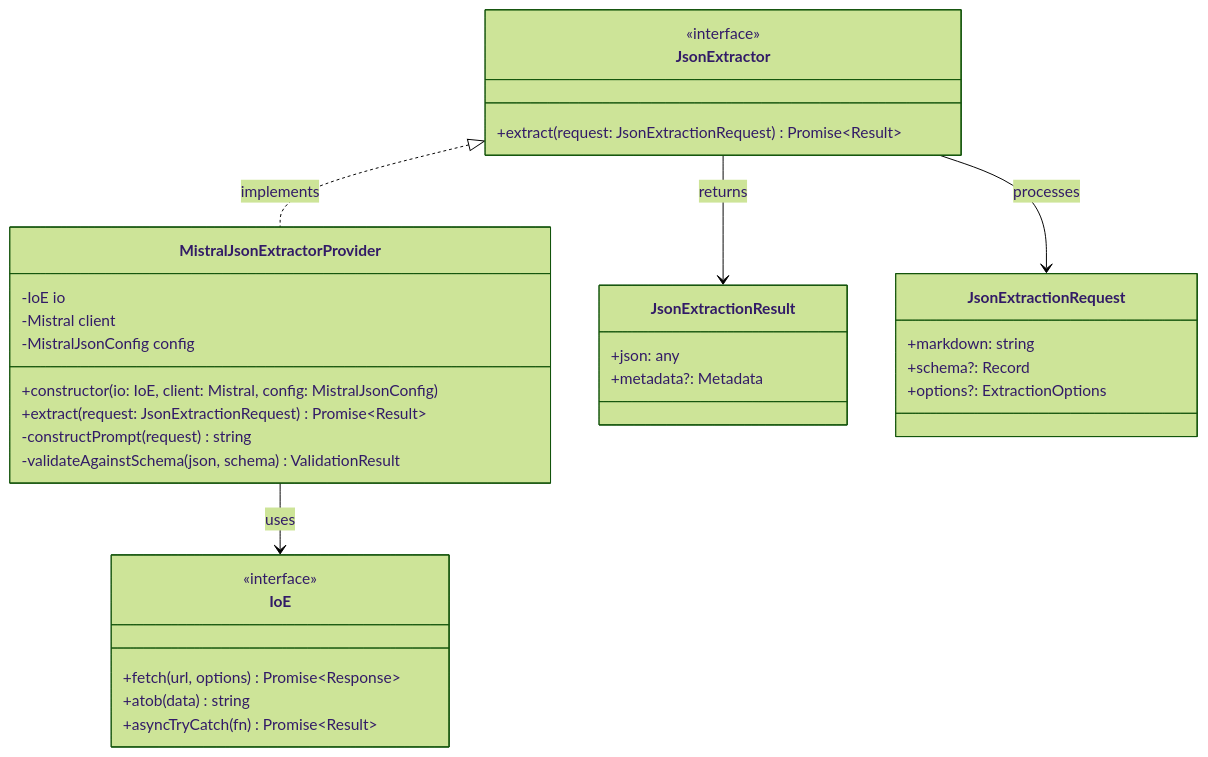
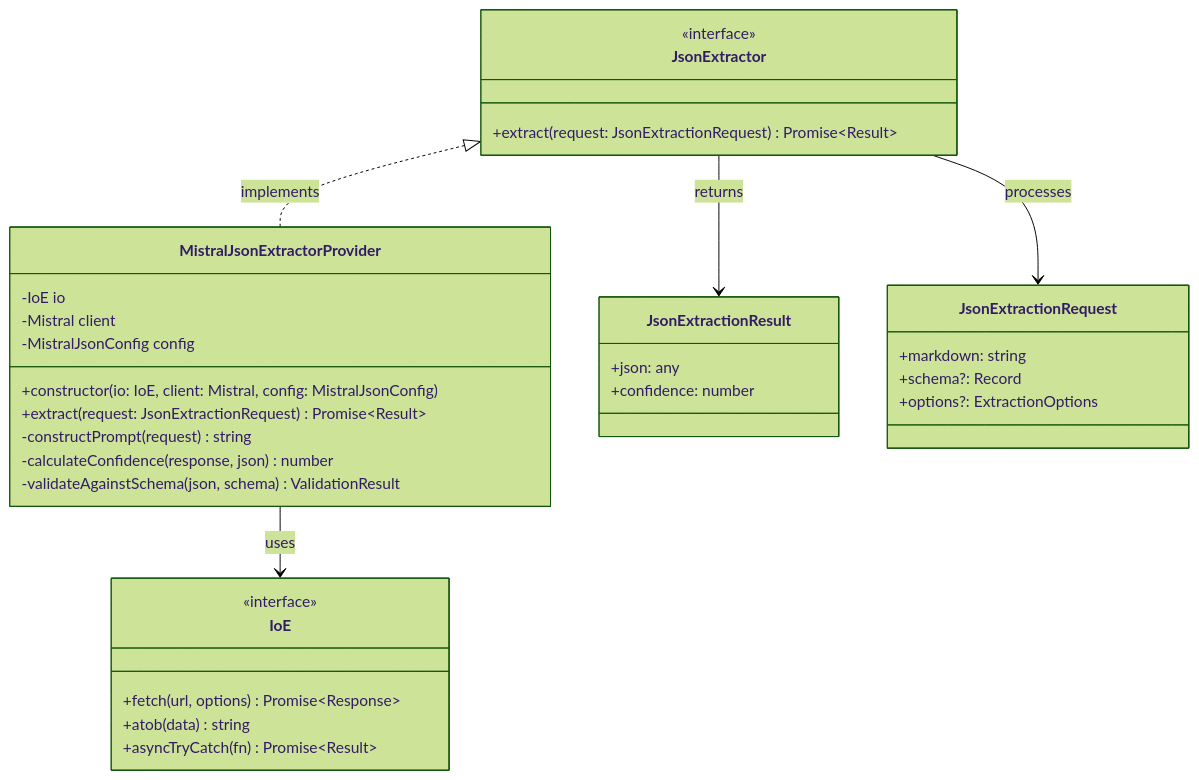
One commit to o2alexanderfedin/OCRChecksServer-demo changed the first of 2 diagrams in docs/json-extraction.md. Above: the diagram before and after it, drawn with Mermaid (forest theme). The commit also changed other lines of this file, not shown here.

Commit message:
refactor: move confidence directly into JsonExtractionResult and make it required

````diff
--- a/docs/json-extraction.md
+++ b/docs/json-extraction.md
@@ -215,40 +224,41 @@
 ```mermaid
 classDiagram
     class JsonExtractor {
         <<interface>>
         +extract(request: JsonExtractionRequest) Promise~Result<JsonExtractionResult, Error>~
     }
 
     class MistralJsonExtractorProvider {
         -IoE io
         -Mistral client
         -MistralJsonConfig config
         +constructor(io: IoE, client: Mistral, config: MistralJsonConfig)
         +extract(request: JsonExtractionRequest) Promise~Result<JsonExtractionResult, Error>~
         -constructPrompt(request) string
+        -calculateConfidence(response, json) number
         -validateAgainstSchema(json, schema) ValidationResult
     }
 
     class JsonExtractionResult {
         +json: any
-        +metadata?: Metadata
+        +confidence: number
     }
 
     class JsonExtractionRequest {
         +markdown: string
         +schema?: Record<string, unknown>
         +options?: ExtractionOptions
     }
 
     class IoE {
         <<interface>>
         +fetch(url, options) Promise~Response~
         +atob(data) string
         +asyncTryCatch(fn) Promise~Result~
     }
 
     JsonExtractor <|.. MistralJsonExtractorProvider : implements
     MistralJsonExtractorProvider --> IoE : uses
     JsonExtractor --> JsonExtractionResult : returns
     JsonExtractor --> JsonExtractionRequest : processes
 ```
````
